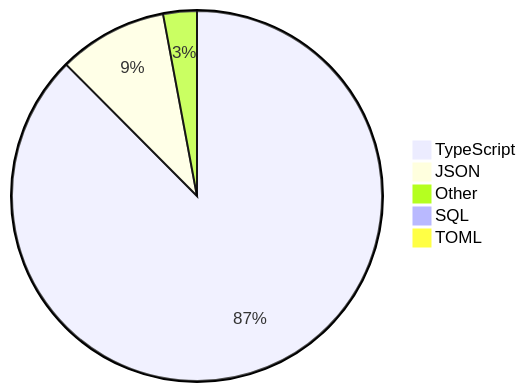
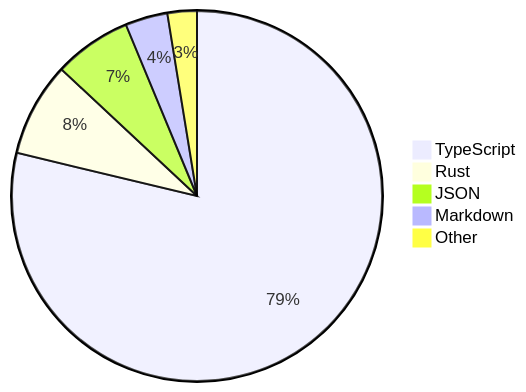
One commit to skvggor/skvggor changed the diagram in README.md. Above: the diagram before and after it, drawn with Mermaid.

Commit message:
Updated waka-readme graph with new metrics

````diff
--- a/README.md
+++ b/README.md
@@ -28,8 +28,8 @@
 ```mermaid
 pie
-    "TypeScript" : 86.4
-    "JSON" : 9.4
-    "Other" : 2.9
-    "SQL" : 0.5
-    "TOML" : 0.3
+    "TypeScript" : 76.7
+    "Rust" : 8.0
+    "JSON" : 6.6
+    "Markdown" : 3.6
+    "Other" : 2.5
 ```
````
